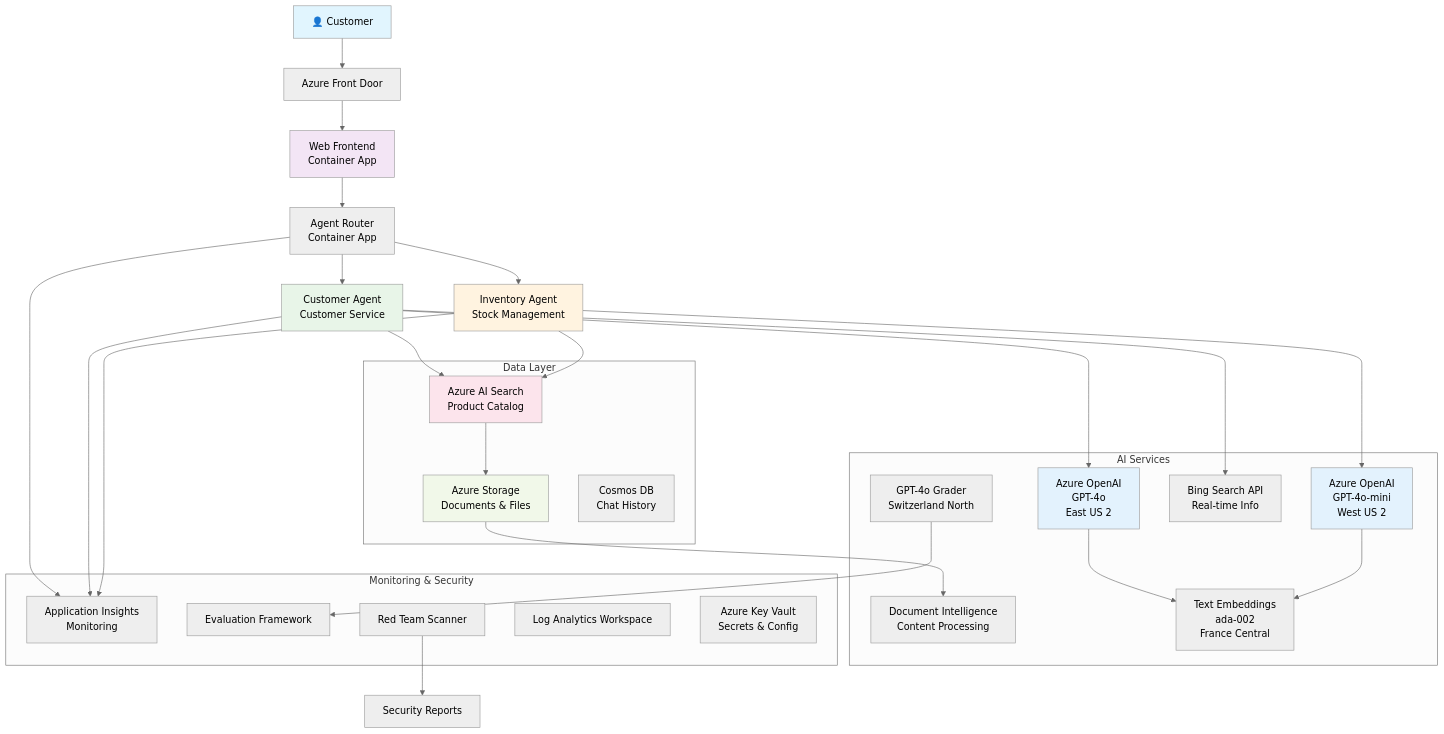
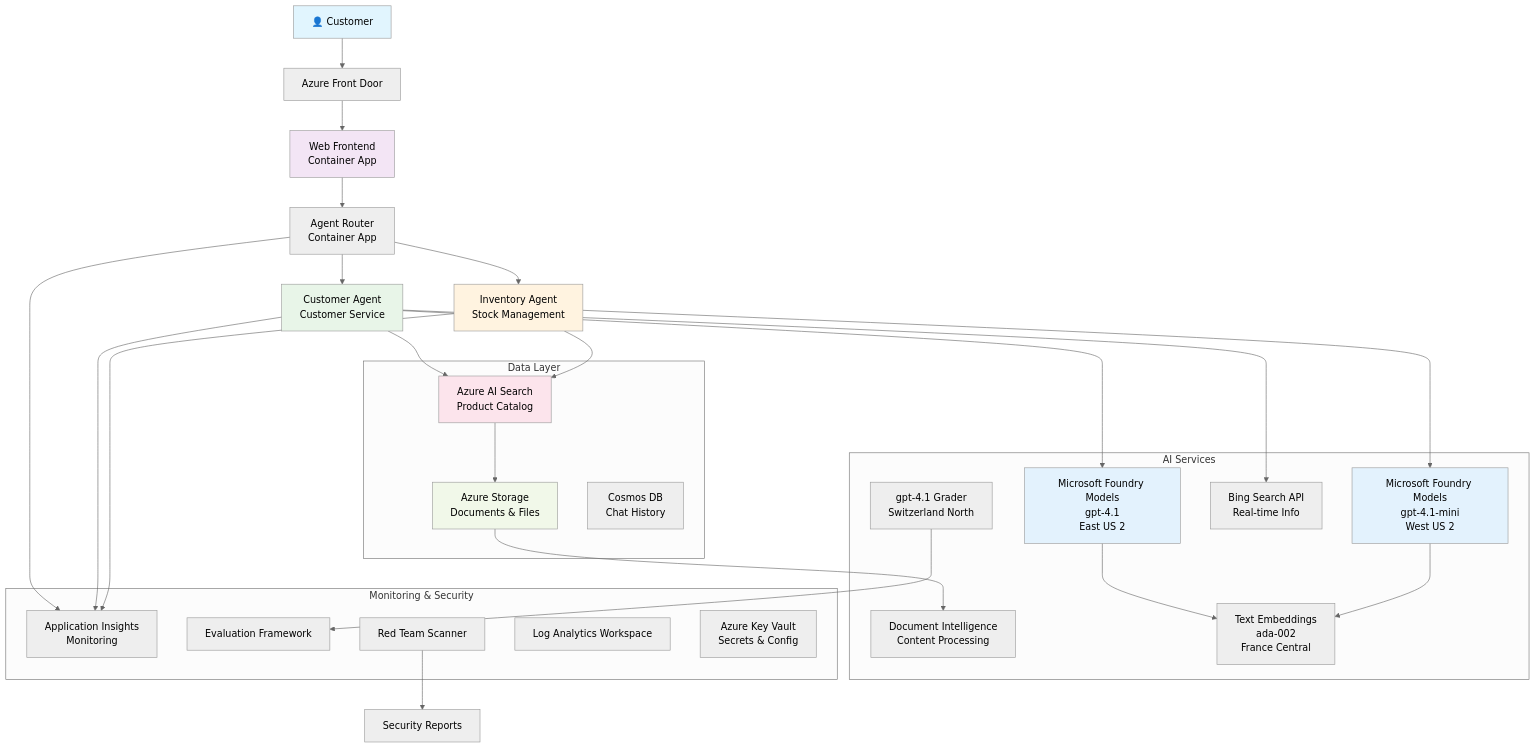
One commit to microsoft/AZD-for-beginners changed the diagram in examples/retail-scenario.md. Above: the diagram before and after it, drawn with Mermaid (neutral theme). The commit also changed other lines of this file and 33 other files, not shown here.

````diff
--- a/examples/retail-scenario.md
+++ b/examples/retail-scenario.md
@@ -139,61 +139,61 @@
 ```mermaid
 graph TB
     User[👤 Customer] --> LB[Azure Front Door]
     LB --> WebApp[Web Frontend<br/>Container App]
     
     WebApp --> Router[Agent Router<br/>Container App]
     Router --> CustomerAgent[Customer Agent<br/>Customer Service]
     Router --> InvAgent[Inventory Agent<br/>Stock Management]
     
-    CustomerAgent --> OpenAI1[Azure OpenAI<br/>GPT-4o<br/>East US 2]
-    InvAgent --> OpenAI2[Azure OpenAI<br/>GPT-4o-mini<br/>West US 2]
+    CustomerAgent --> OpenAI1[Microsoft Foundry Models<br/>gpt-4.1<br/>East US 2]
+    InvAgent --> OpenAI2[Microsoft Foundry Models<br/>gpt-4.1-mini<br/>West US 2]
     
     CustomerAgent --> AISearch[Azure AI Search<br/>Product Catalog]
     CustomerAgent --> BingSearch[Bing Search API<br/>Real-time Info]
     InvAgent --> AISearch
     
     AISearch --> Storage[Azure Storage<br/>Documents & Files]
     Storage --> DocIntel[Document Intelligence<br/>Content Processing]
     
     OpenAI1 --> Embeddings[Text Embeddings<br/>ada-002<br/>France Central]
     OpenAI2 --> Embeddings
     
     Router --> AppInsights[Application Insights<br/>Monitoring]
     CustomerAgent --> AppInsights
     InvAgent --> AppInsights
     
-    GraderModel[GPT-4o Grader<br/>Switzerland North] --> Evaluation[Evaluation Framework]
+    GraderModel[gpt-4.1 Grader<br/>Switzerland North] --> Evaluation[Evaluation Framework]
     RedTeam[Red Team Scanner] --> SecurityReports[Security Reports]
     
     subgraph "Data Layer"
         Storage
         AISearch
         CosmosDB[Cosmos DB<br/>Chat History]
     end
     
     subgraph "AI Services"
         OpenAI1
         OpenAI2
         Embeddings
         GraderModel
         DocIntel
         BingSearch
     end
     
     subgraph "Monitoring & Security"
         AppInsights
         LogAnalytics[Log Analytics Workspace]
         KeyVault[Azure Key Vault<br/>Secrets & Config]
         RedTeam
         Evaluation
     end
     
     style User fill:#e1f5fe
     style WebApp fill:#f3e5f5
     style CustomerAgent fill:#e8f5e8
     style InvAgent fill:#fff3e0
     style OpenAI1 fill:#e3f2fd
     style OpenAI2 fill:#e3f2fd
     style AISearch fill:#fce4ec
     style Storage fill:#f1f8e9
 ```
````
